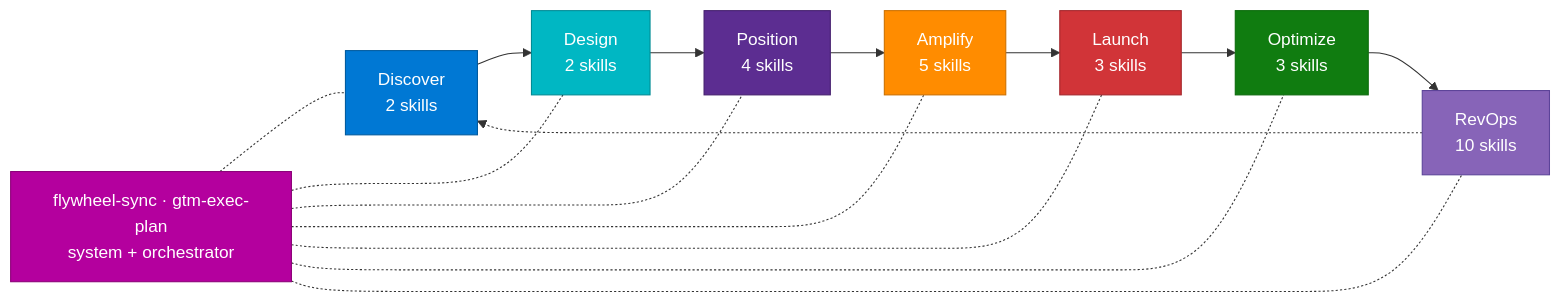
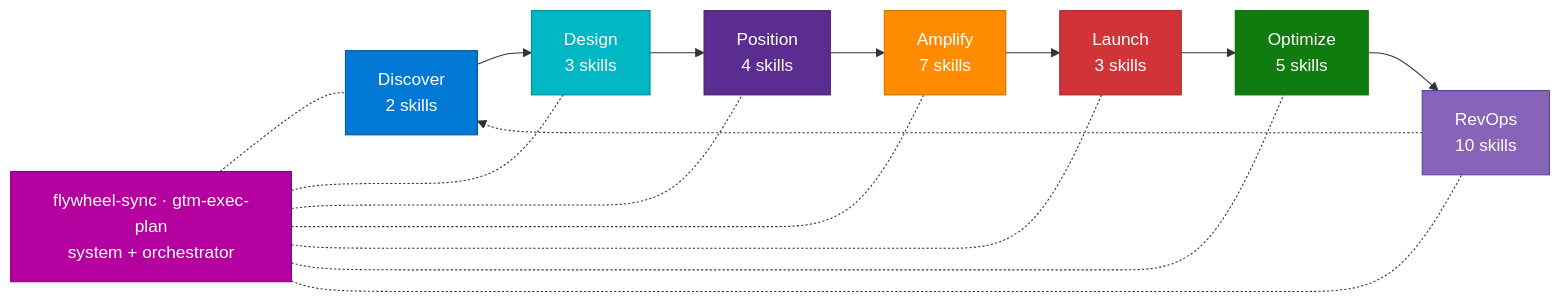
Before and after one commit to varunk130/ai-gtm-skill-library: the diagram in README.md, drawn with Mermaid.

Commit message:
Update lifecycle diagram skill counts to match the catalog

````diff
--- a/README.md
+++ b/README.md
@@ -91,16 +91,16 @@
 ```mermaid
 flowchart LR
-    D[Discover<br/>2 skills]:::p1 --> DE[Design<br/>2 skills]:::p2 --> P[Position<br/>4 skills]:::p3 --> A[Amplify<br/>5 skills]:::p4 --> L[Launch<br/>3 skills]:::p5 --> O[Optimize<br/>3 skills]:::p6 --> R[RevOps<br/>10 skills]:::p7
+    D[Discover<br/>2 skills]:::p1 --> DE[Design<br/>3 skills]:::p2 --> P[Position<br/>4 skills]:::p3 --> A[Amplify<br/>7 skills]:::p4 --> L[Launch<br/>3 skills]:::p5 --> O[Optimize<br/>5 skills]:::p6 --> R[RevOps<br/>10 skills]:::p7
     R -.-> D
     FS[flywheel-sync · gtm-exec-plan<br/>system + orchestrator]:::sys
     FS -.- D & DE & P & A & L & O & R
 
     classDef p1 fill:#0078D4,color:#fff,stroke:#005A9E
     classDef p2 fill:#00B7C3,color:#fff,stroke:#008B94
     classDef p3 fill:#5C2D91,color:#fff,stroke:#451F6E
     classDef p4 fill:#FF8C00,color:#fff,stroke:#CC7000
     classDef p5 fill:#D13438,color:#fff,stroke:#A4262C
     classDef p6 fill:#107C10,color:#fff,stroke:#0B6A0B
     classDef p7 fill:#8764B8,color:#fff,stroke:#5C4399
     classDef sys fill:#B4009E,color:#fff,stroke:#8C0078
 ```
````
